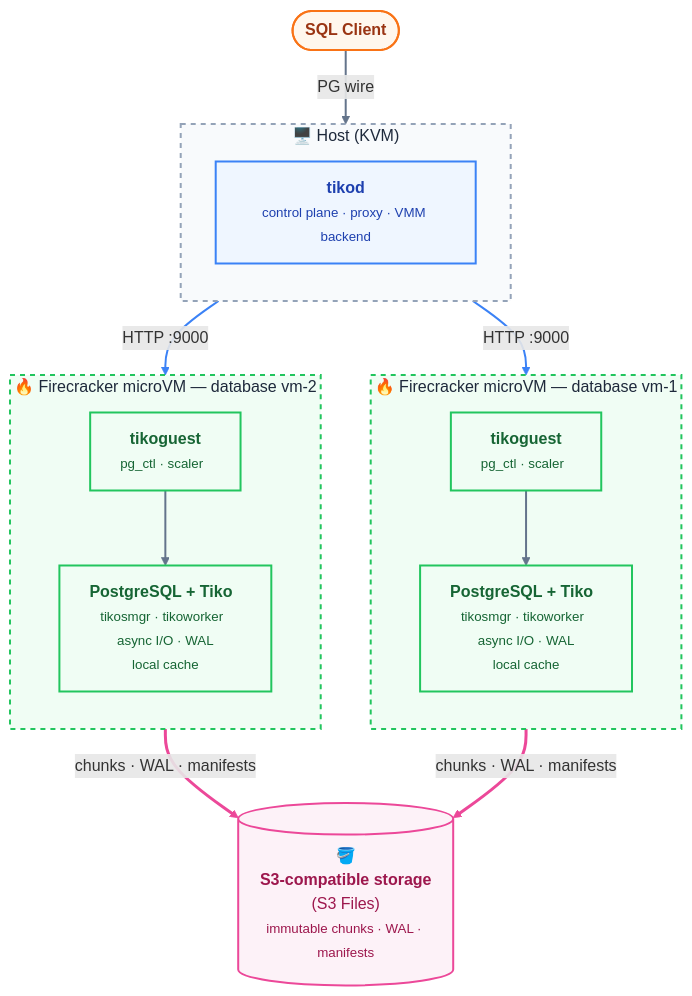
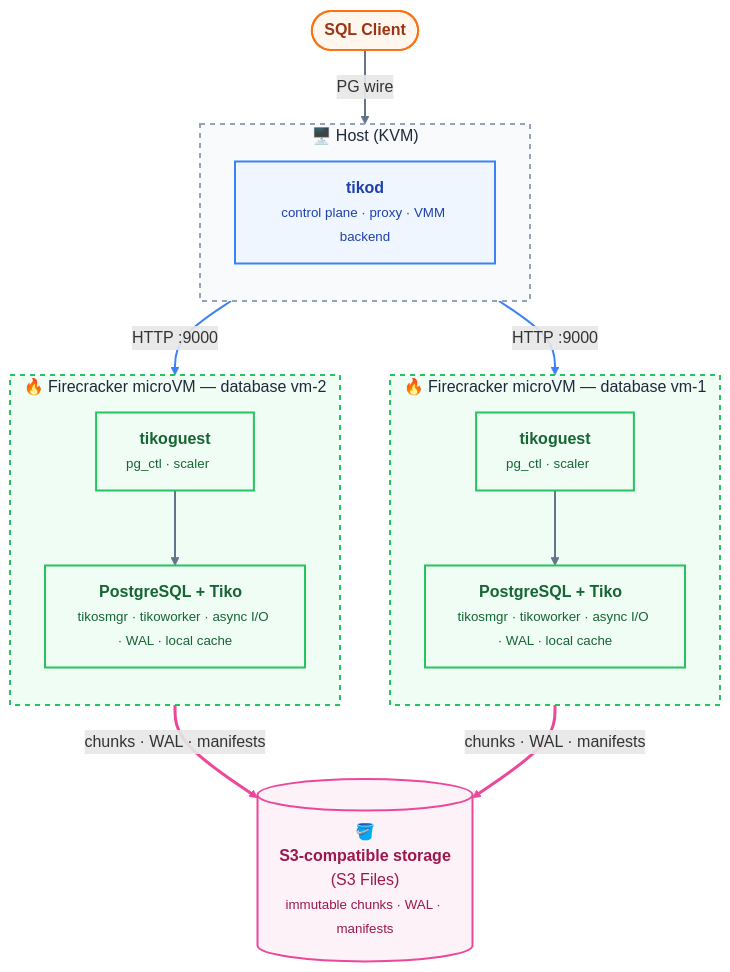
One commit to burmecia/tiko changed the diagram in README.md. Above: the diagram before and after it, drawn with Mermaid.

Commit message:
updaet diagram

````diff
--- a/README.md
+++ b/README.md
@@ -34,54 +34,54 @@
 ```mermaid
 %%{init: {"themeVariables": {"titleColor": "#1e293b", "clusterBkg": "#f8fafc", "clusterBorder": "#94a3b8"}}}%%
 flowchart TB
   Client(["<b>SQL Client</b>"])
 
   subgraph Host ["🖥️ Host (KVM)"]
     direction TB
     Tikod["<b>tikod</b><br/><small>control plane · proxy · VMM backend</small>"]
   end
 
   subgraph VM1 ["🔥 Firecracker microVM — database vm-1"]
     direction TB
-    Guest1["<b>tikoguest</b><br/><small>pg_ctl · scaler&nbsp;&nbsp;</small>"]
-    PG1["<b>PostgreSQL + Tiko&nbsp;&nbsp;</b><br/><small>tikosmgr · tikoworker&nbsp;&nbsp;<br/>async I/O · WAL<br/>local cache</small>"]
+    Guest1["<b>tikoguest</b><br/><small>pg_ctl · scaler&nbsp;&nbsp;&nbsp;&nbsp;</small>"]
+    PG1["<b>PostgreSQL + Tiko&nbsp;&nbsp;</b><br/><small>tikosmgr · tikoworker · async I/O · WAL · local cache</small>"]
     Guest1 --> PG1
   end
 
   subgraph VM2 ["🔥 Firecracker microVM — database vm-2"]
     direction TB
-    Guest2["<b>tikoguest</b><br/><small>pg_ctl · scaler&nbsp;&nbsp;</small>"]
-    PG2["<b>PostgreSQL + Tiko&nbsp;&nbsp;</b><br/><small>tikosmgr · tikoworker&nbsp;&nbsp;<br/>async I/O · WAL<br/>local cache</small>"]
+    Guest2["<b>tikoguest</b><br/><small>pg_ctl · scaler&nbsp;&nbsp;&nbsp;&nbsp;</small>"]
+    PG2["<b>PostgreSQL + Tiko&nbsp;&nbsp;</b><br/><small>tikosmgr · tikoworker · async I/O · WAL · local cache</small>"]
     Guest2 --> PG2
   end
 
   S3[("🪣<br/><b>S3-compatible storage</b><br/>(S3 Files)<br/><small>immutable chunks · WAL · manifests</small>")]
 
   Client -->|PG wire| Tikod
   Tikod -->|HTTP :9000| Guest1
   Tikod -->|HTTP :9000| Guest2
   PG1 ==>|chunks · WAL · manifests| S3
   PG2 ==>|chunks · WAL · manifests| S3
 
   classDef client fill:#fff7ed,stroke:#f97316,stroke-width:2px,color:#9a3412
   classDef control fill:#eff6ff,stroke:#3b82f6,stroke-width:2px,color:#1e40af
   classDef vm fill:#f0fdf4,stroke:#22c55e,stroke-width:2px,color:#166534
   classDef storage fill:#fdf2f8,stroke:#ec4899,stroke-width:2px,color:#9d174d
 
   class Client client
   class Tikod control
   class Guest1,PG1,Guest2,PG2 vm
   class S3 storage
 
   style Host fill:#f8fafc,stroke:#94a3b8,stroke-width:2px,stroke-dasharray:5 5
   style VM1 fill:#f0fdf4,stroke:#22c55e,stroke-width:2px,stroke-dasharray:5 5
   style VM2 fill:#f0fdf4,stroke:#22c55e,stroke-width:2px,stroke-dasharray:5 5
   style S3 fill:#fdf2f8,stroke:#ec4899,stroke-width:2px
   linkStyle 0 stroke:#64748b,stroke-width:2px
   linkStyle 1 stroke:#64748b,stroke-width:2px
   linkStyle 2 stroke:#64748b,stroke-width:2px
   linkStyle 3 stroke:#3b82f6,stroke-width:2px
   linkStyle 4 stroke:#3b82f6,stroke-width:2px
   linkStyle 5 stroke:#ec4899,stroke-width:3px
   linkStyle 6 stroke:#ec4899,stroke-width:3px
 ```
````
